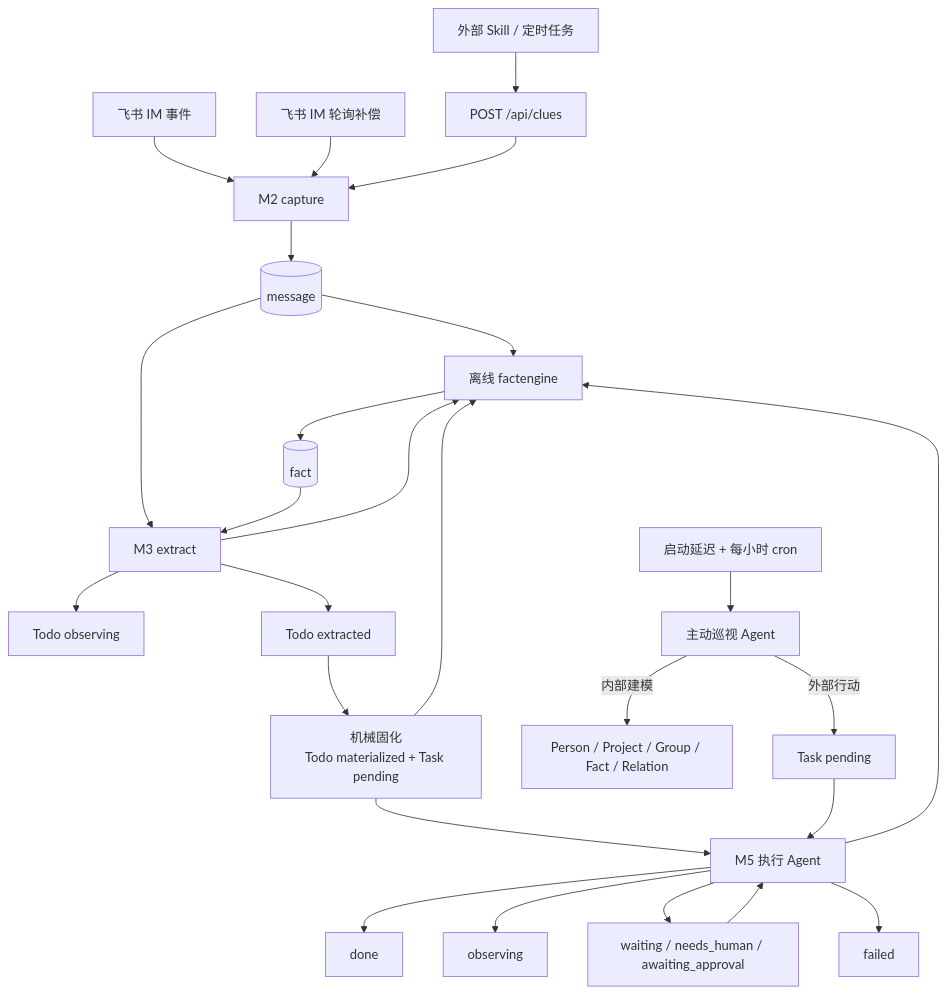
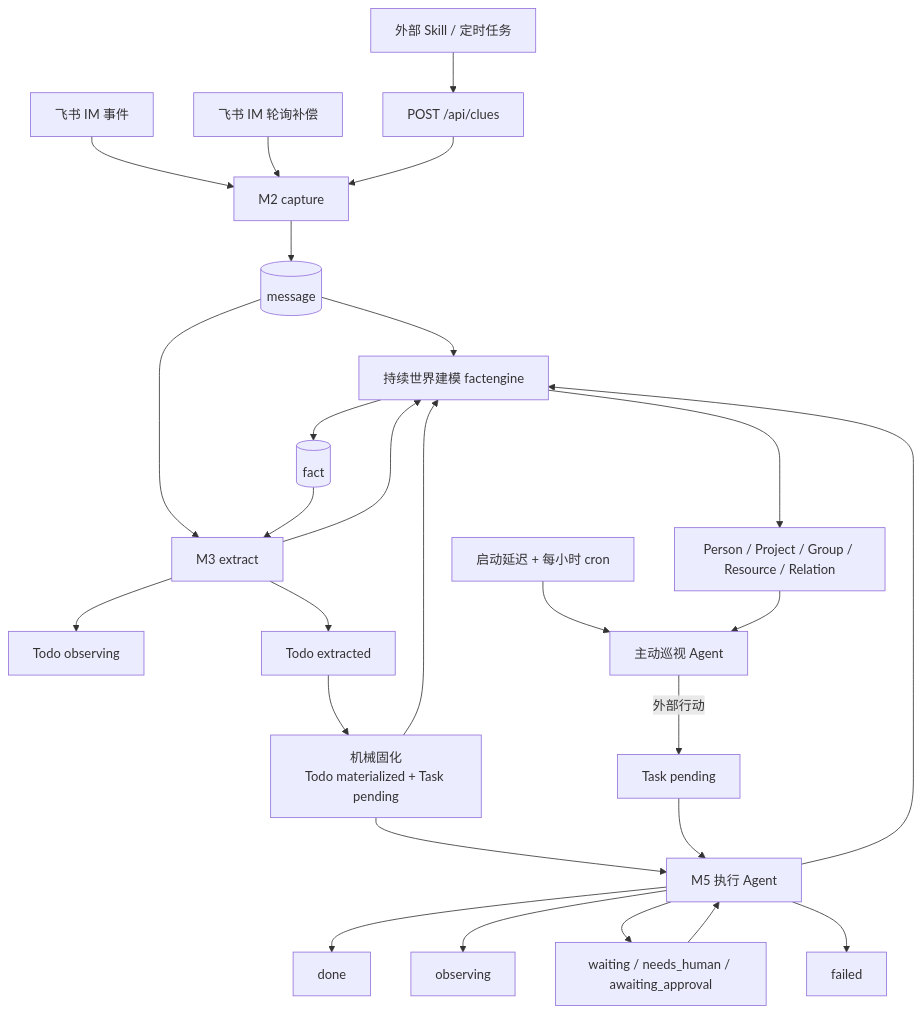
Before and after one commit to mjscjj/jarvis: the second of 2 diagrams in docs/00-overview.md, drawn with Mermaid. The commit also changed other lines of this file and 39 other files, not shown here.

````diff
--- a/docs/00-overview.md
+++ b/docs/00-overview.md
@@ -45,25 +45,26 @@
 ```mermaid
 flowchart TD
     EVENT["飞书 IM 事件"] --> M2["M2 capture"]
     POLL["飞书 IM 轮询补偿"] --> M2
     EXT["外部 Skill / 定时任务"] --> CLUE["POST /api/clues"] --> M2
     M2 --> MSG[("message")]
-    MSG --> FACT["离线 factengine"] --> F[("fact")]
+    MSG --> FACT["持续世界建模 factengine"] --> F[("fact")]
     MSG --> M3["M3 extract"]
     F --> M3
     M3 --> OBS0["Todo observing"]
     M3 --> EXT0["Todo extracted"]
     M3 --> FACT
     EXT0 --> MATERIALIZED["机械固化\nTodo materialized + Task pending"]
     MATERIALIZED --> EXEC["M5 执行 Agent"]
     MATERIALIZED --> FACT
     EXEC --> FACT
     EXEC --> DONE["done"]
     EXEC --> OBS2["observing"]
     EXEC --> WAIT["waiting / needs_human / awaiting_approval"]
     EXEC --> FAIL["failed"]
     WAIT --> EXEC
     CRON["启动延迟 + 每小时 cron"] --> PROACTIVE["主动巡视 Agent"]
-    PROACTIVE -->|"内部建模"| WORLD["Person / Project / Group / Fact / Relation"]
+    FACT --> WORLD["Person / Project / Group / Resource / Relation"]
+    WORLD --> PROACTIVE
     PROACTIVE -->|"外部行动"| PTASK["Task pending"] --> EXEC
 ```
````
